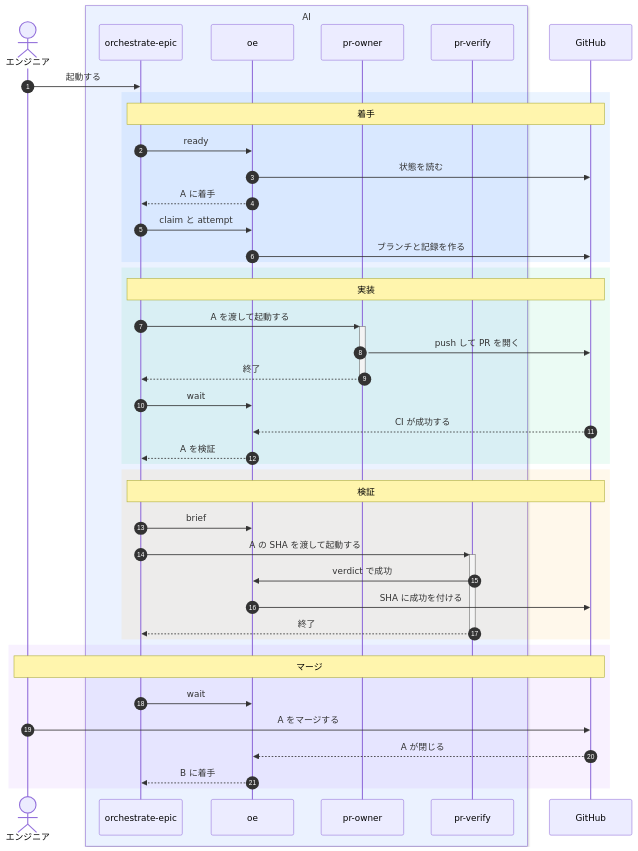
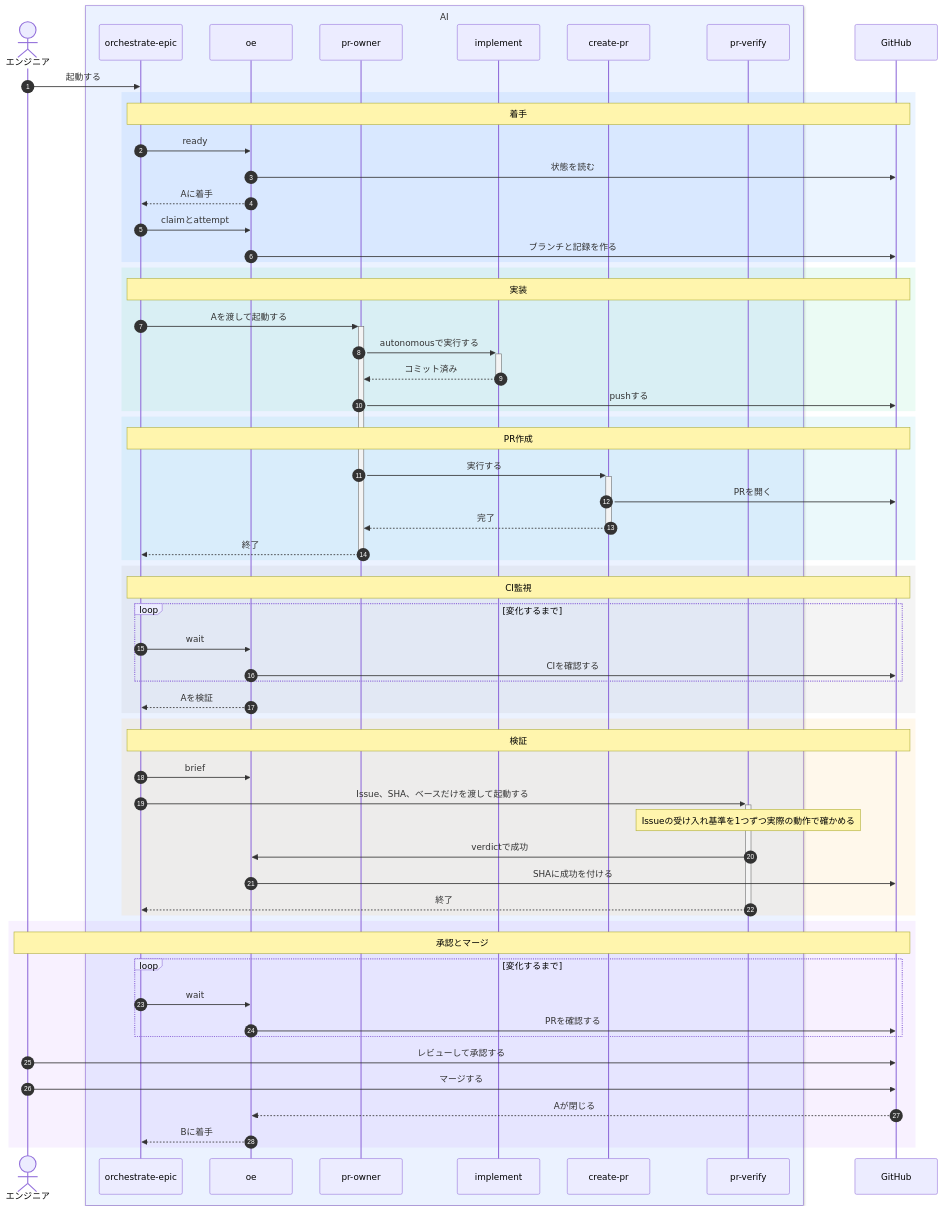
Before and after one commit to maro114510/skills: the second of 2 diagrams in docs/design/orchestrate-epic.md, drawn with Mermaid. The commit also changed other lines of this file, not shown here.

First line of the commit message:
docs(orchestrate-epic): classify parts and separate implement, PR, and watch steps

````diff
--- a/docs/design/orchestrate-epic.md
+++ b/docs/design/orchestrate-epic.md
@@ -110,45 +130,65 @@
 ```mermaid
 sequenceDiagram
   autonumber
   actor H as エンジニア
   box rgb(235,242,255) AI
     participant O as orchestrate-epic
     participant E as oe
     participant W as pr-owner
+    participant I as implement
+    participant C as create-pr
     participant V as pr-verify
   end
   participant G as GitHub
   H->>O: 起動する
   rect rgba(0,120,255,0.08)
     Note over O,G: 着手
     O->>E: ready
     E->>G: 状態を読む
-    E-->>O: A に着手
-    O->>E: claim と attempt
+    E-->>O: Aに着手
+    O->>E: claimとattempt
     E->>G: ブランチと記録を作る
   end
   rect rgba(0,200,120,0.08)
     Note over O,G: 実装
-    O->>+W: A を渡して起動する
-    W->>G: push して PR を開く
+    O->>+W: Aを渡して起動する
+    W->>+I: autonomousで実行する
+    I-->>-W: コミット済み
+    W->>G: pushする
+  end
+  rect rgba(0,180,200,0.08)
+    Note over O,G: PR作成
+    W->>+C: 実行する
+    C->>G: PRを開く
+    C-->>-W: 完了
     W-->>-O: 終了
-    O->>E: wait
-    G-->>E: CI が成功する
-    E-->>O: A を検証
+  end
+  rect rgba(120,120,120,0.08)
+    Note over O,G: CI監視
+    loop変化するまで
+      O->>E: wait
+      E->>G: CIを確認する
+    end
+    E-->>O: Aを検証
   end
   rect rgba(255,160,0,0.08)
     Note over O,G: 検証
     O->>E: brief
-    O->>+V: A の SHA を渡して起動する
-    V->>E: verdict で成功
-    E->>G: SHA に成功を付ける
+    O->>+V: Issue、SHA、ベースだけを渡して起動する
+    Note over V: Issueの受け入れ基準を1つずつ実際の動作で確かめる
+    V->>E: verdictで成功
+    E->>G: SHAに成功を付ける
     V-->>-O: 終了
   end
   rect rgba(160,80,255,0.08)
-    Note over H,G: マージ
-    O->>E: wait
-    H->>G: A をマージする
-    G-->>E: A が閉じる
-    E-->>O: B に着手
+    Note over H,G: 承認とマージ
+    loop変化するまで
+      O->>E: wait
+      E->>G: PRを確認する
+    end
+    H->>G: レビューして承認する
+    H->>G: マージする
+    G-->>E: Aが閉じる
+    E-->>O: Bに着手
   end
 ```
````
